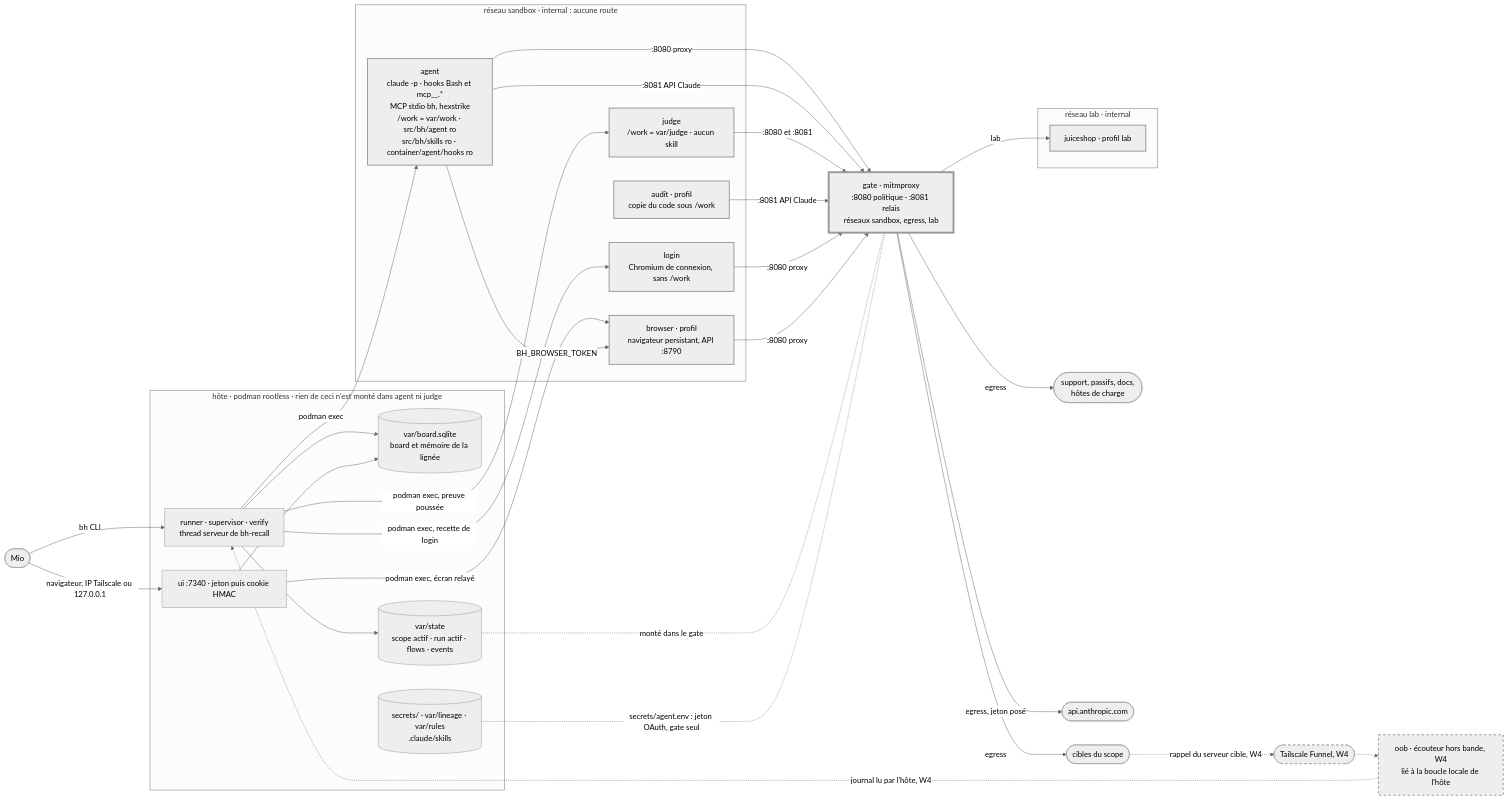
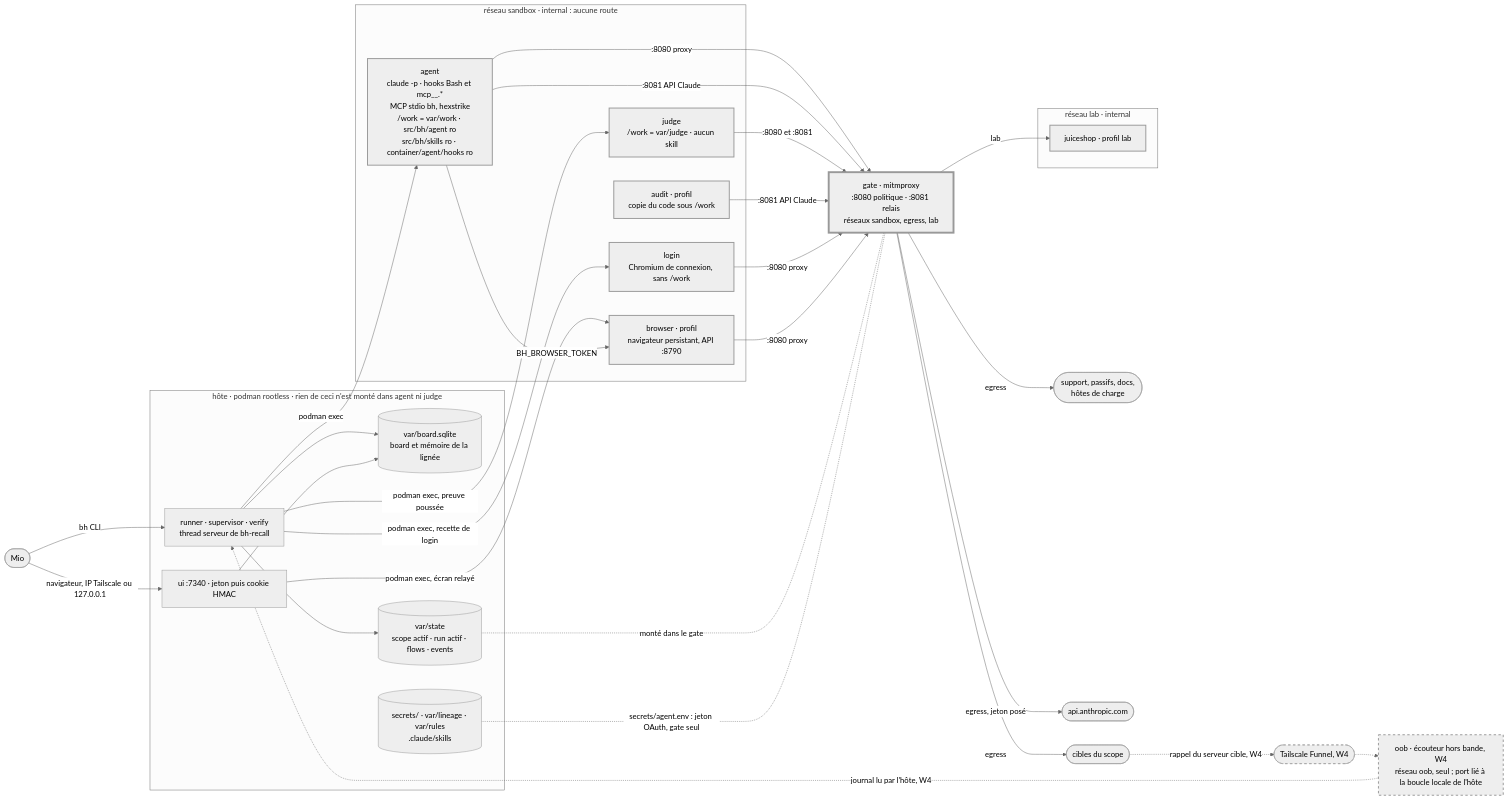
One commit to Moutdili/bull-harness changed the first of 5 diagrams in docs/diagrams.md. Above: the diagram before and after it, drawn with Mermaid (neutral theme). The commit also changed 3 other files, not shown here.

````diff
--- a/docs/diagrams.md
+++ b/docs/diagrams.md
@@ -14,50 +14,50 @@
 ```mermaid
 flowchart LR
   MIO(["Mio"]) -->|"bh CLI"| HRUN
   MIO -->|"navigateur, IP Tailscale ou 127.0.0.1"| UI
   subgraph HOST["hôte · podman rootless · rien de ceci n'est monté dans agent ni judge"]
     HRUN["runner · supervisor · verify<br/>thread serveur de bh-recall"]
     UI["ui :7340 · jeton puis cookie HMAC"]
     BOARD[("var/board.sqlite<br/>board et mémoire de la lignée")]
     PRIV[("secrets/ · var/lineage · var/rules<br/>.claude/skills")]
     STATE[("var/state<br/>scope actif · run actif · flows · events")]
     HRUN --> BOARD
     UI --> BOARD
     HRUN --> STATE
   end
   subgraph SANDBOX["réseau sandbox · internal : aucune route"]
     AGENT["agent<br/>claude -p · hooks Bash et mcp__.*<br/>MCP stdio bh, hexstrike<br/>/work = var/work · src/bh/agent ro<br/>src/bh/skills ro · container/agent/hooks ro"]:::ctr
     JUDGE["judge<br/>/work = var/judge · aucun skill"]:::ctr
     LOGIN["login<br/>Chromium de connexion, sans /work"]:::ctr
     BROWSER["browser · profil<br/>navigateur persistant, API :8790"]:::ctr
     AUDIT["audit · profil<br/>copie du code sous /work"]:::ctr
   end
   GATE["gate · mitmproxy<br/>:8080 politique · :8081 relais<br/>réseaux sandbox, egress, lab"]:::ctr
   subgraph LABNET["réseau lab · internal"]
     JUICE["juiceshop · profil lab"]:::ctr
   end
   HRUN -->|"podman exec"| AGENT
   HRUN -->|"podman exec, preuve poussée"| JUDGE
   HRUN -->|"podman exec, recette de login"| LOGIN
   UI -->|"podman exec, écran relayé"| BROWSER
   AGENT -->|"BH_BROWSER_TOKEN"| BROWSER
   AGENT -->|":8080 proxy"| GATE
   AGENT -->|":8081 API Claude"| GATE
   JUDGE -->|":8080 et :8081"| GATE
   AUDIT -->|":8081 API Claude"| GATE
   LOGIN -->|":8080 proxy"| GATE
   BROWSER -->|":8080 proxy"| GATE
   STATE -. "monté dans le gate" .- GATE
   PRIV -. "secrets/agent.env : jeton OAuth, gate seul" .- GATE
   GATE -->|"egress"| TGT(["cibles du scope"])
   GATE -->|"egress"| OTH(["support, passifs, docs,<br/>hôtes de charge"])
   GATE -->|"egress, jeton posé"| ANT(["api.anthropic.com"])
   GATE -->|"lab"| JUICE
   TGT -. "rappel du serveur cible, W4" .-> FUN(["Tailscale Funnel, W4"])
-  FUN -.-> OOB["oob · écouteur hors bande, W4<br/>lié à la boucle locale de l'hôte"]:::ctr
+  FUN -.-> OOB["oob · écouteur hors bande, W4<br/>réseau oob, seul ; port lié à la boucle locale de l'hôte"]:::ctr
   OOB -. "journal lu par l'hôte, W4" .-> HRUN
   class OOB,FUN w4
   classDef ctr stroke-width:2px
   classDef w4 stroke-dasharray:5 5
   style GATE stroke-width:4px
 ```
````
